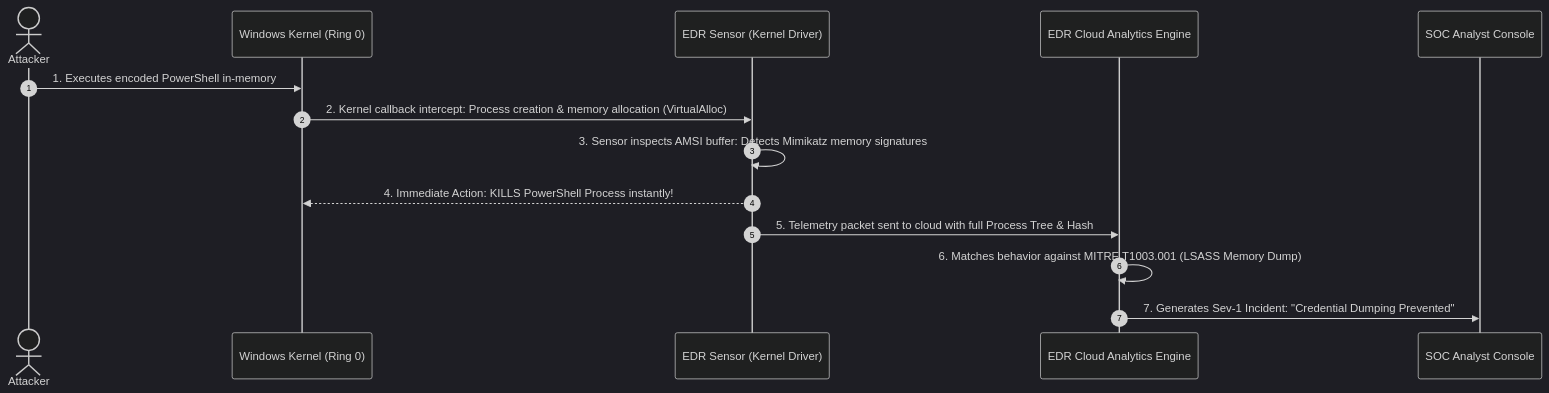
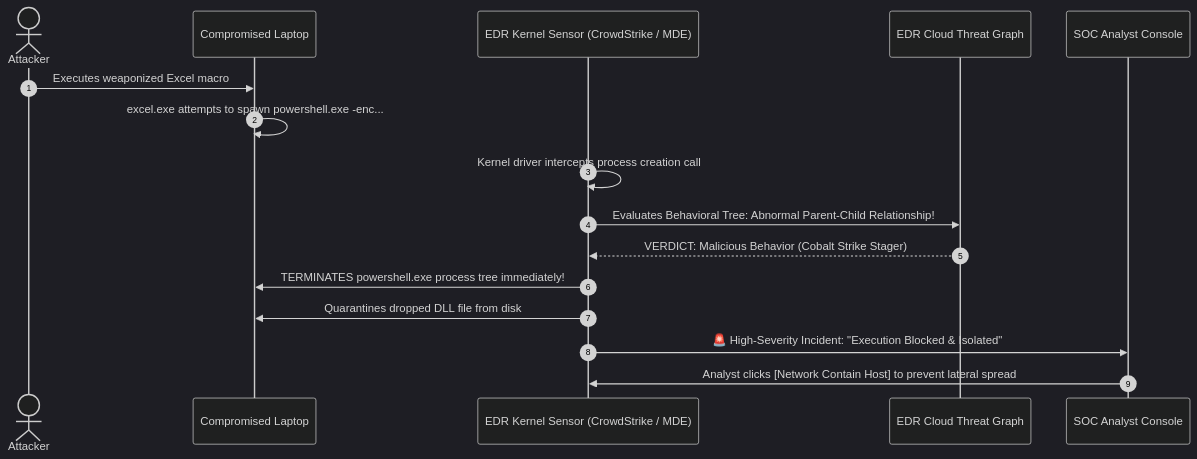
The first of 2 diagrams in SOC/03_Technologies_and_Architectures/02_EDR_and_XDR_Mechanisms.md (varunks04/CBS-Roleplay), drawn with Mermaid (dark theme) before and after one commit. The commit also changed other lines of this file and 40 other files, not shown here.

````diff
--- a/SOC/03_Technologies_and_Architectures/02_EDR_and_XDR_Mechanisms.md
+++ b/SOC/03_Technologies_and_Architectures/02_EDR_and_XDR_Mechanisms.md
@@ -35,17 +30,19 @@
 ```mermaid
 sequenceDiagram
     autonumber
-    actor Attacker
-    participant OS as Windows Kernel (Ring 0)
-    participant EDR as EDR Sensor (Kernel Driver)
-    participant Cloud as EDR Cloud Analytics Engine
+    actor Attacker as Attacker
+    participant Endpoint as Compromised Laptop
+    participant EDR as EDR Kernel Sensor (CrowdStrike / MDE)
+    participant Cloud as EDR Cloud Threat Graph
     participant SOC as SOC Analyst Console
 
-    Attacker->>OS: 1. Executes encoded PowerShell in-memory
-    OS->>EDR: 2. Kernel callback intercept: Process creation & memory allocation (VirtualAlloc)
-    EDR->>EDR: 3. Sensor inspects AMSI buffer: Detects Mimikatz memory signatures
-    EDR-->>OS: 4. Immediate Action: KILLS PowerShell Process instantly!
-    EDR->>Cloud: 5. Telemetry packet sent to cloud with full Process Tree & Hash
-    Cloud->>Cloud: 6. Matches behavior against MITRE T1003.001 (LSASS Memory Dump)
-    Cloud->>SOC: 7. Generates Sev-1 Incident: "Credential Dumping Prevented"
+    Attacker->>Endpoint: Executes weaponized Excel macro
+    Endpoint->>Endpoint: excel.exe attempts to spawn powershell.exe -enc...
+    EDR->>EDR: Kernel driver intercepts process creation call
+    EDR->>Cloud: Evaluates Behavioral Tree: Abnormal Parent-Child Relationship!
+    Cloud-->>EDR: VERDICT: Malicious Behavior (Cobalt Strike Stager)
+    EDR->>Endpoint: TERMINATES powershell.exe process tree immediately!
+    EDR->>Endpoint: Quarantines dropped DLL file from disk
+    EDR->>SOC: 🚨 High-Severity Incident: "Execution Blocked & Isolated"
+    SOC->>EDR: Analyst clicks [Network Contain Host] to prevent lateral spread
 ```
````
